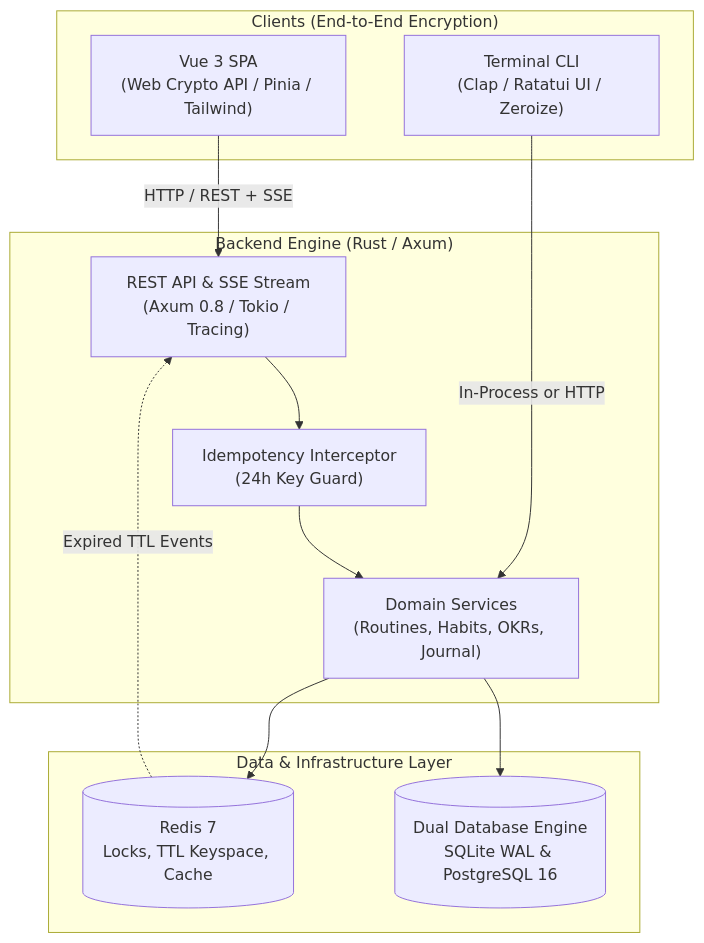
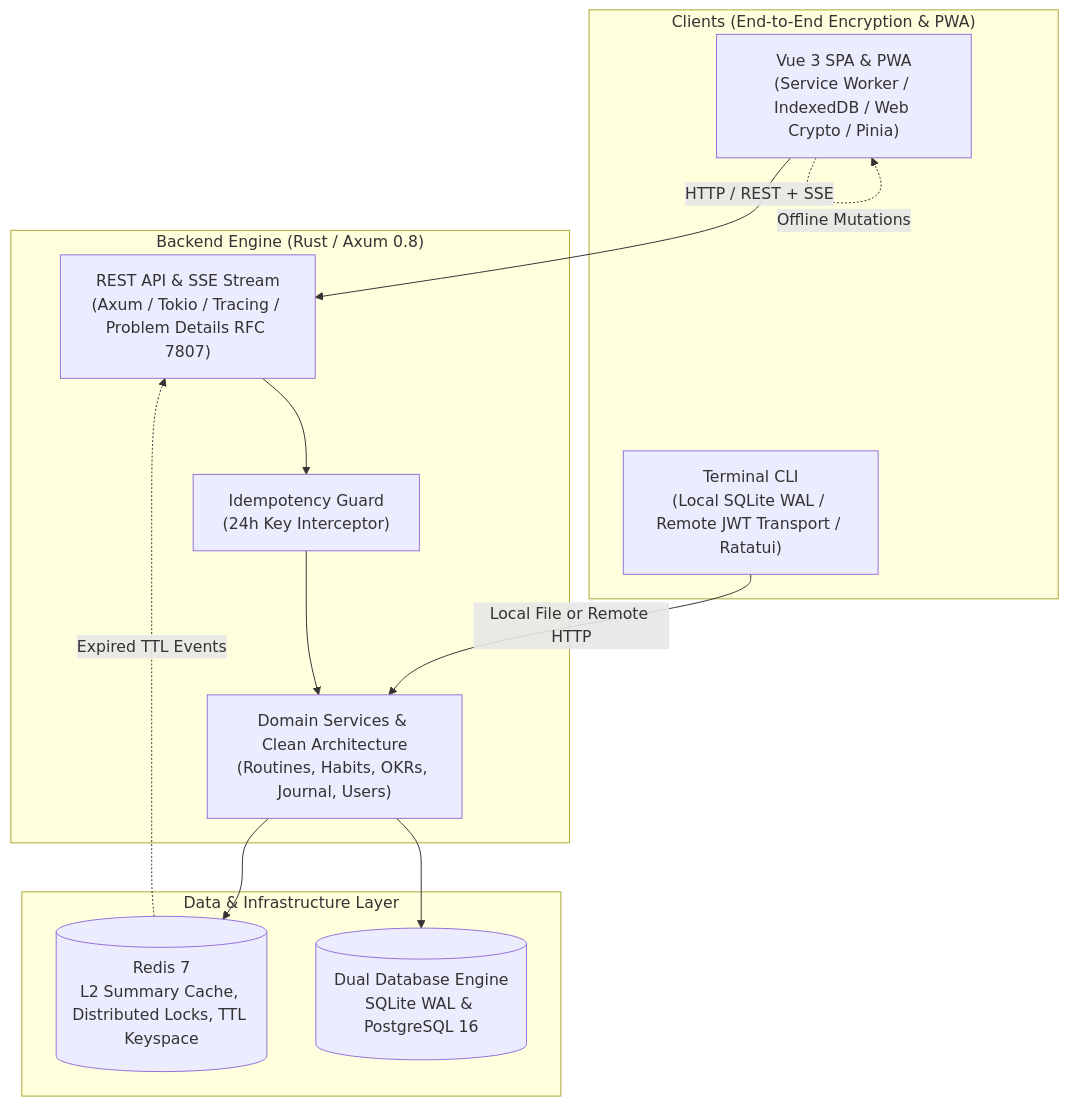
Before and after one commit to filipecsoares/roubit: the diagram in README.md, drawn with Mermaid. The commit also changed other lines of this file and 2 other files, not shown here.

Commit message:
docs: revise READMEs with v2.0 PWA offline-first, architecture and test metrics

````diff
--- a/README.md
+++ b/README.md
@@ -66,25 +87,26 @@
 ```mermaid
 flowchart TD
-    subgraph Clients["Clients (End-to-End Encryption)"]
-        Web["Vue 3 SPA<br/>(Web Crypto API / Pinia / Tailwind)"]
-        CLI["Terminal CLI<br/>(Clap / Ratatui UI / Zeroize)"]
+    subgraph Clients["Clients (End-to-End Encryption & PWA)"]
+        Web["Vue 3 SPA & PWA<br/>(Service Worker / IndexedDB / Web Crypto / Pinia)"]
+        CLI["Terminal CLI<br/>(Local SQLite WAL / Remote JWT Transport / Ratatui)"]
     end
 
-    subgraph Server["Backend Engine (Rust / Axum)"]
-        API["REST API & SSE Stream<br/>(Axum 0.8 / Tokio / Tracing)"]
-        Idempotency["Idempotency Interceptor<br/>(24h Key Guard)"]
-        Domain["Domain Services<br/>(Routines, Habits, OKRs, Journal)"]
+    subgraph Server["Backend Engine (Rust / Axum 0.8)"]
+        API["REST API & SSE Stream<br/>(Axum / Tokio / Tracing / Problem Details RFC 7807)"]
+        Idempotency["Idempotency Guard<br/>(24h Key Interceptor)"]
+        Domain["Domain Services & Clean Architecture<br/>(Routines, Habits, OKRs, Journal, Users)"]
     end
 
     subgraph Storage["Data & Infrastructure Layer"]
-        Redis[("Redis 7<br/>Locks, TTL Keyspace, Cache")]
+        Redis[("Redis 7<br/>L2 Summary Cache, Distributed Locks, TTL Keyspace")]
         DB[("Dual Database Engine<br/>SQLite WAL & PostgreSQL 16")]
     end
 
     Web -->|HTTP / REST + SSE| API
-    CLI -->|In-Process or HTTP| Domain
+    Web -.->|Offline Mutations| Web
+    CLI -->|Local File or Remote HTTP| Domain
     API --> Idempotency --> Domain
     Domain --> DB
     Domain --> Redis
     Redis -.->|Expired TTL Events| API
 ```
````
